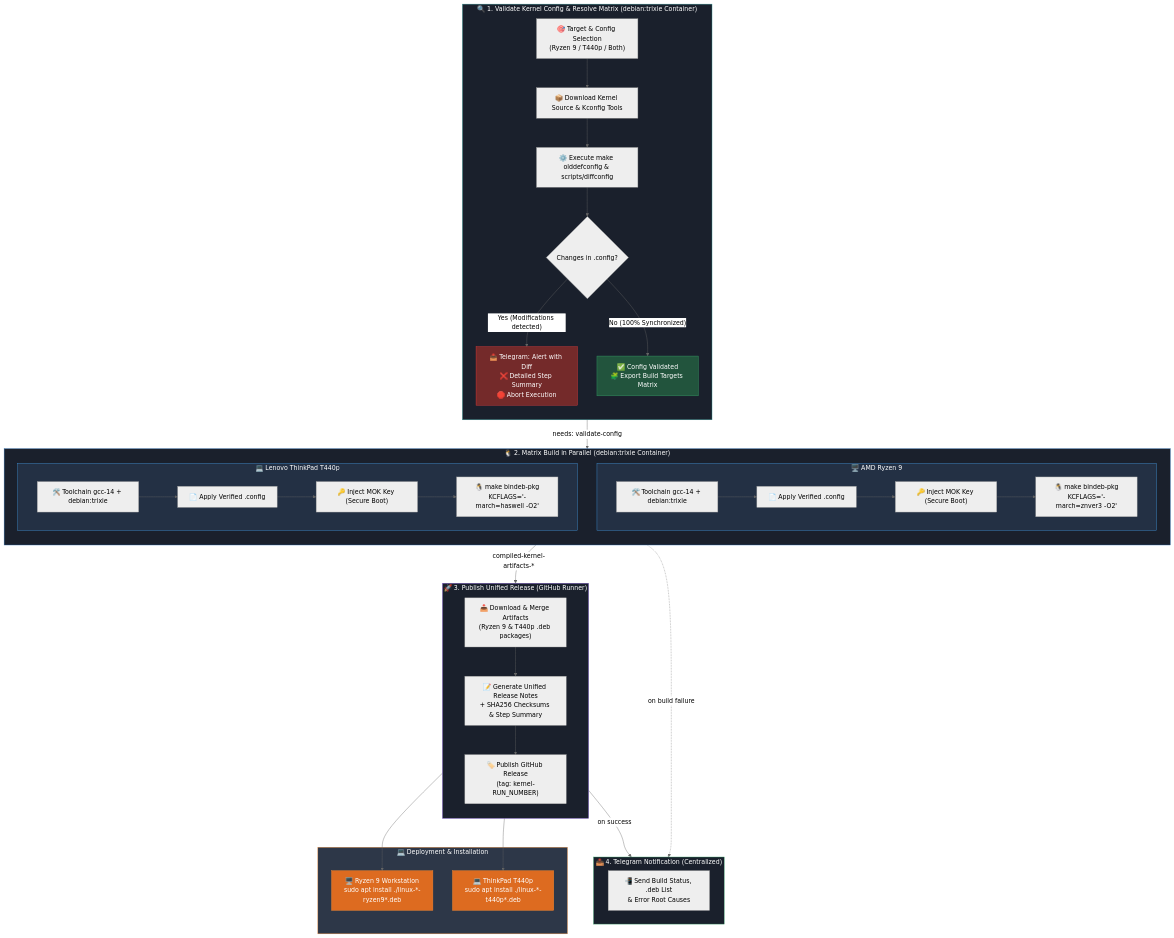
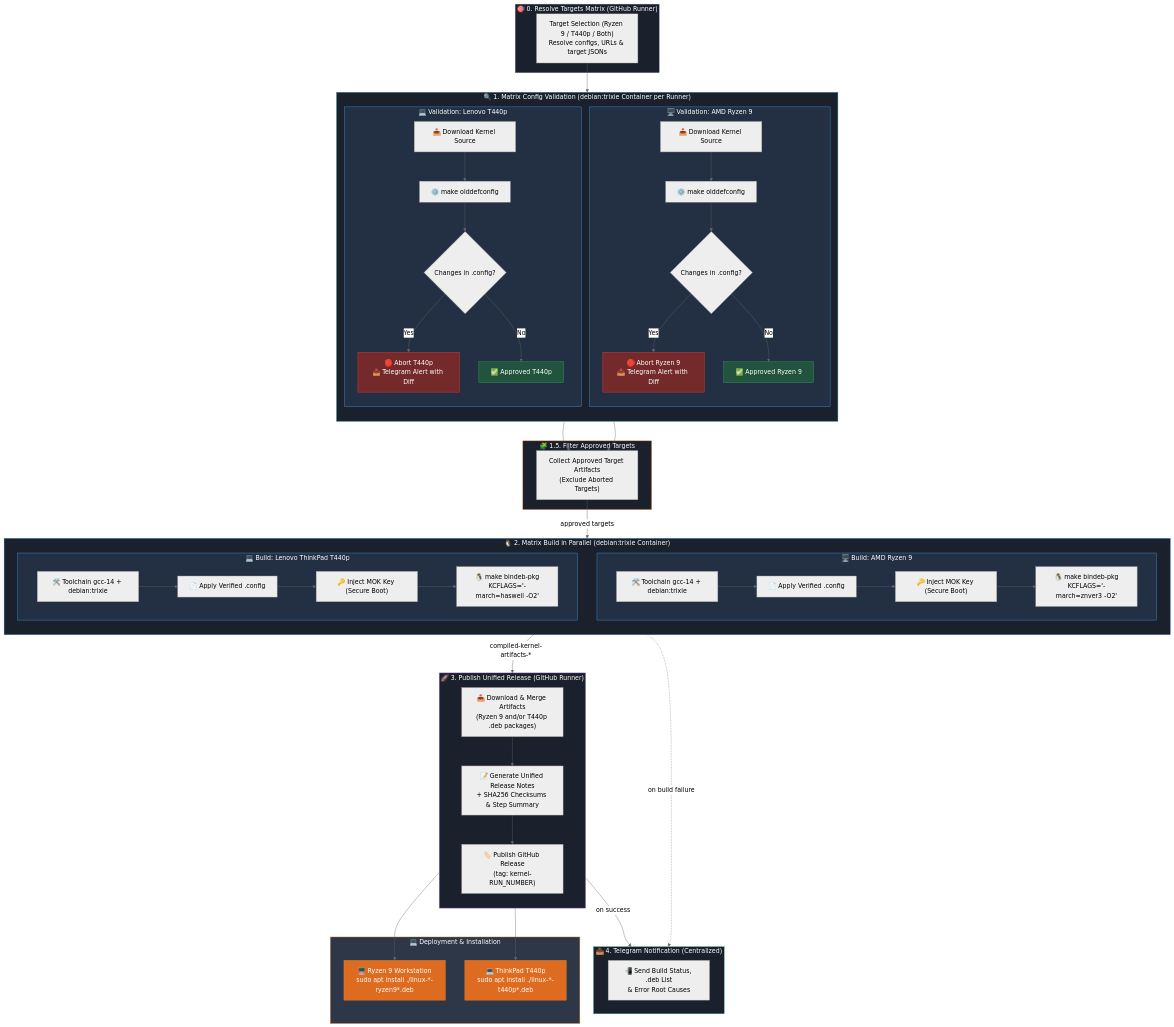
Before and after one commit to azagramac/linux-kernel: the diagram in README.md, drawn with Mermaid (neutral theme). The commit also changed other lines of this file and 1 other file, not shown here.

Commit message:
ci: parallelize config validation across independent matrix runners

````diff
--- a/README.md
+++ b/README.md
@@ -37,24 +37,39 @@
 ```mermaid
 flowchart TD
-    subgraph Job1["🔍 1. Validate Kernel Config & Resolve Matrix (debian:trixie Container)"]
+    subgraph Job0["🎯 0. Resolve Targets Matrix (GitHub Runner)"]
+        A0["Target Selection (Ryzen 9 / T440p / Both)<br/>Resolve configs, URLs & target JSONs"]
+    end
+
+    subgraph Job1["🔍 1. Matrix Config Validation (debian:trixie Container per Runner)"]
         direction TB
-        A1["🎯 Target & Config Selection<br/>(Ryzen 9 / T440p / Both)"] --> A2["📦 Download Kernel Source & Kconfig Tools"]
-        A2 --> A3["⚙️ Execute make olddefconfig & scripts/diffconfig"]
-        A3 --> A4{"Changes in .config?"}
-        A4 -- "Yes (Modifications detected)" --> A5["📤 Telegram: Alert with Diff<br/>❌ Detailed Step Summary<br/>🛑 Abort Execution"]
-        A4 -- "No (100% Synchronized)" --> A6["✅ Config Validated<br/>🧩 Export Build Targets Matrix"]
+        subgraph ValRyzen["🖥️ Validation: AMD Ryzen 9"]
+            V1_R["📥 Download Kernel Source"] --> V2_R["⚙️ make olddefconfig"]
+            V2_R --> V3_R{"Changes in .config?"}
+            V3_R -- "Yes" --> V4_R["🛑 Abort Ryzen 9<br/>📤 Telegram Alert with Diff"]
+            V3_R -- "No" --> V5_R["✅ Approved Ryzen 9"]
+        end
+        subgraph ValT440p["💻 Validation: Lenovo T440p"]
+            V1_L["📥 Download Kernel Source"] --> V2_L["⚙️ make olddefconfig"]
+            V2_L --> V3_L{"Changes in .config?"}
+            V3_L -- "Yes" --> V4_L["🛑 Abort T440p<br/>📤 Telegram Alert with Diff"]
+            V3_L -- "No" --> V5_L["✅ Approved T440p"]
+        end
+    end
+
+    subgraph Job15["🧩 1.5. Filter Approved Targets"]
+        F1["Collect Approved Target Artifacts<br/>(Exclude Aborted Targets)"]
     end
 
     subgraph Job2["🐧 2. Matrix Build in Parallel (debian:trixie Container)"]
         direction TB
-        subgraph MatrixRyzen["🖥️ AMD Ryzen 9"]
+        subgraph MatrixRyzen["🖥️ Build: AMD Ryzen 9"]
             B1_R["🛠️ Toolchain gcc-14 + debian:trixie"]
             B2_R["📄 Apply Verified .config"]
             B3_R["🔑 Inject MOK Key (Secure Boot)"]
             B4_R["🐧 make bindeb-pkg<br/>KCFLAGS='-march=znver3 -O2'"]
             B1_R --> B2_R --> B3_R --> B4_R
         end
-        subgraph MatrixT440p["💻 Lenovo ThinkPad T440p"]
+        subgraph MatrixT440p["💻 Build: Lenovo ThinkPad T440p"]
             B1_L["🛠️ Toolchain gcc-14 + debian:trixie"]
             B2_L["📄 Apply Verified .config"]
             B3_L["🔑 Inject MOK Key (Secure Boot)"]
@@ -65,7 +80,7 @@
 
     subgraph Job3["🚀 3. Publish Unified Release (GitHub Runner)"]
         direction TB
-        C1["📥 Download & Merge Artifacts<br/>(Ryzen 9 & T440p .deb packages)"]
+        C1["📥 Download & Merge Artifacts<br/>(Ryzen 9 and/or T440p .deb packages)"]
         C2["📝 Generate Unified Release Notes<br/>+ SHA256 Checksums & Step Summary"]
         C3["🏷️ Publish GitHub Release<br/>(tag: kernel-RUN_NUMBER)"]
         C1 --> C2 --> C3
@@ -80,16 +95,25 @@
         E2["💻 ThinkPad T440p<br/>sudo apt install ./linux-*-t440p*.deb"]
     end
 
-    A6 -->|"needs: validate-config"| Job2
+    A0 --> Job1
+    V5_R --> F1
+    V5_L --> F1
+    F1 -->|"approved targets"| Job2
     Job2 -->|"compiled-kernel-artifacts-*"| Job3
     Job3 -->|"on success"| Job4
     Job2 -.->|"on build failure"| Job4
     C3 --> E1
     C3 --> E2
 
+    style Job0 fill:#1a202c,stroke:#718096,color:#fff
     style Job1 fill:#1a202c,stroke:#319795,color:#fff
-    style A5 fill:#742a2a,stroke:#e53e3e,color:#fff
-    style A6 fill:#22543d,stroke:#38a169,color:#fff
+    style ValRyzen fill:#233044,stroke:#4299e1,color:#fff
+    style ValT440p fill:#233044,stroke:#4299e1,color:#fff
+    style V4_R fill:#742a2a,stroke:#e53e3e,color:#fff
+    style V4_L fill:#742a2a,stroke:#e53e3e,color:#fff
+    style V5_R fill:#22543d,stroke:#38a169,color:#fff
+    style V5_L fill:#22543d,stroke:#38a169,color:#fff
+    style Job15 fill:#1a202c,stroke:#dd6b20,color:#fff
     style Job2 fill:#1a202c,stroke:#2b6cb0,color:#fff
     style MatrixRyzen fill:#233044,stroke:#4299e1,color:#fff
     style MatrixT440p fill:#233044,stroke:#4299e1,color:#fff
````
